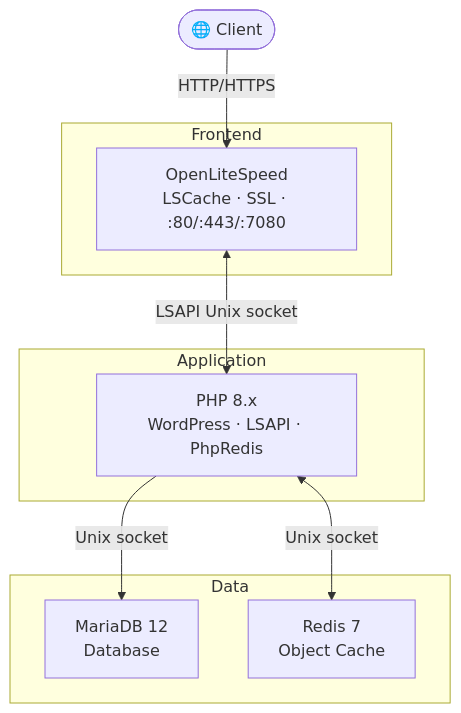
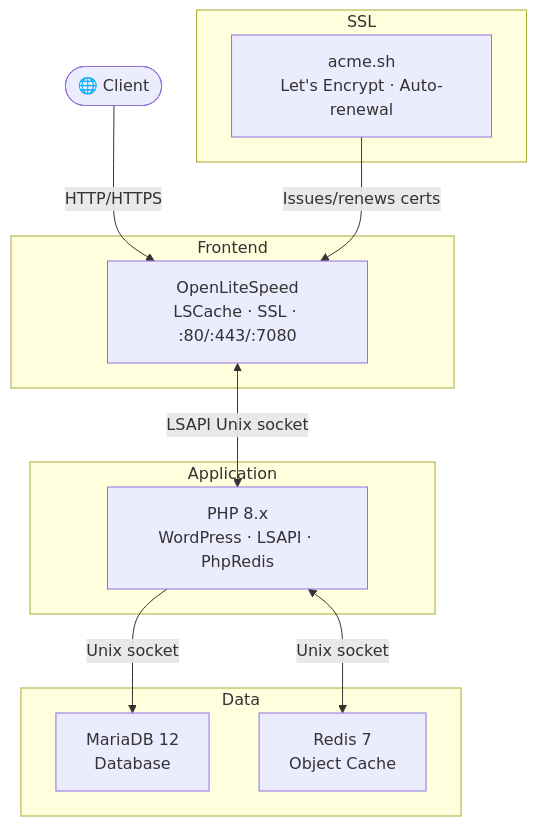
One commit to aprakasa/wp-lomp-docker changed the diagram in README.md. Above: the diagram before and after it, drawn with Mermaid. The commit also changed other lines of this file and 5 other files, not shown here.

First line of the commit message:
feat(ssl): automatic Let's Encrypt provisioning via acme.sh sidecar

````diff
--- a/README.md
+++ b/README.md
@@ -23,22 +23,27 @@
 ```mermaid
 flowchart TB
     Client(["🌐 Client"])
 
     subgraph Frontend
         OLS["OpenLiteSpeed<br/>LSCache · SSL · :80/:443/:7080"]
     end
 
     subgraph Application
         PHP["PHP 8.x<br/>WordPress · LSAPI · PhpRedis"]
     end
 
+    subgraph SSL
+        ACME["acme.sh<br/>Let's Encrypt · Auto-renewal"]
+    end
+
     subgraph Data
         MariaDB["MariaDB 12<br/>Database"]
         Redis["Redis 7<br/>Object Cache"]
     end
 
     Client -->|"HTTP/HTTPS"| OLS
     OLS <-->|"LSAPI Unix socket"| PHP
     PHP -->|"Unix socket"| MariaDB
     PHP <-->|"Unix socket"| Redis
+    ACME -->|"Issues/renews certs"| OLS
 ```
````
